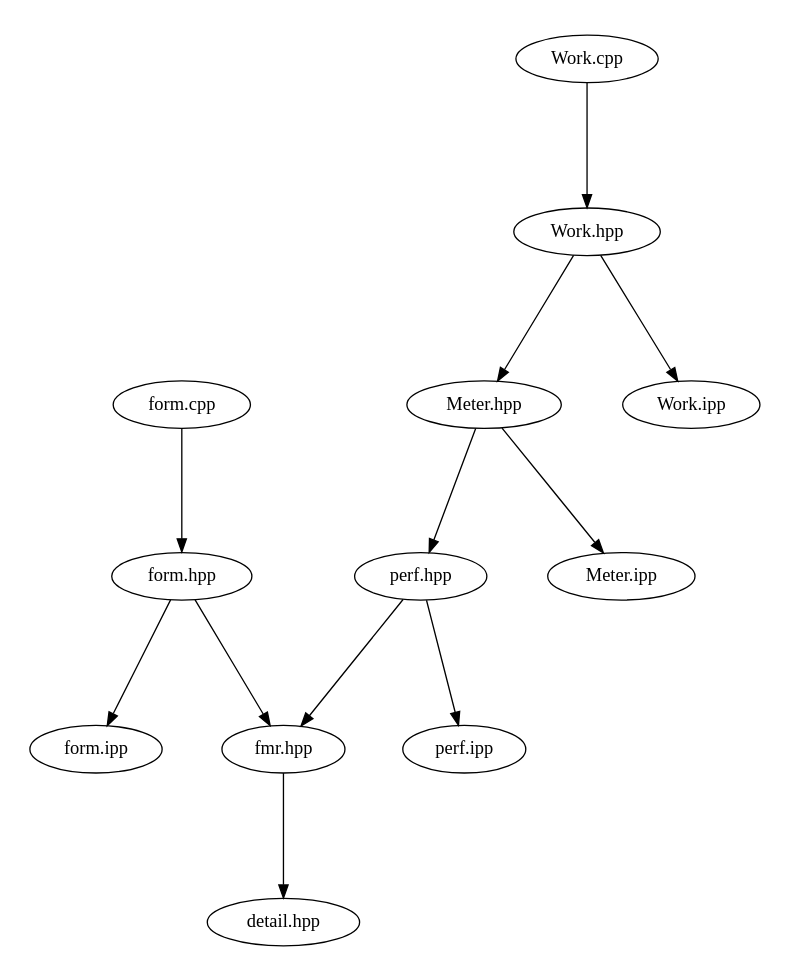
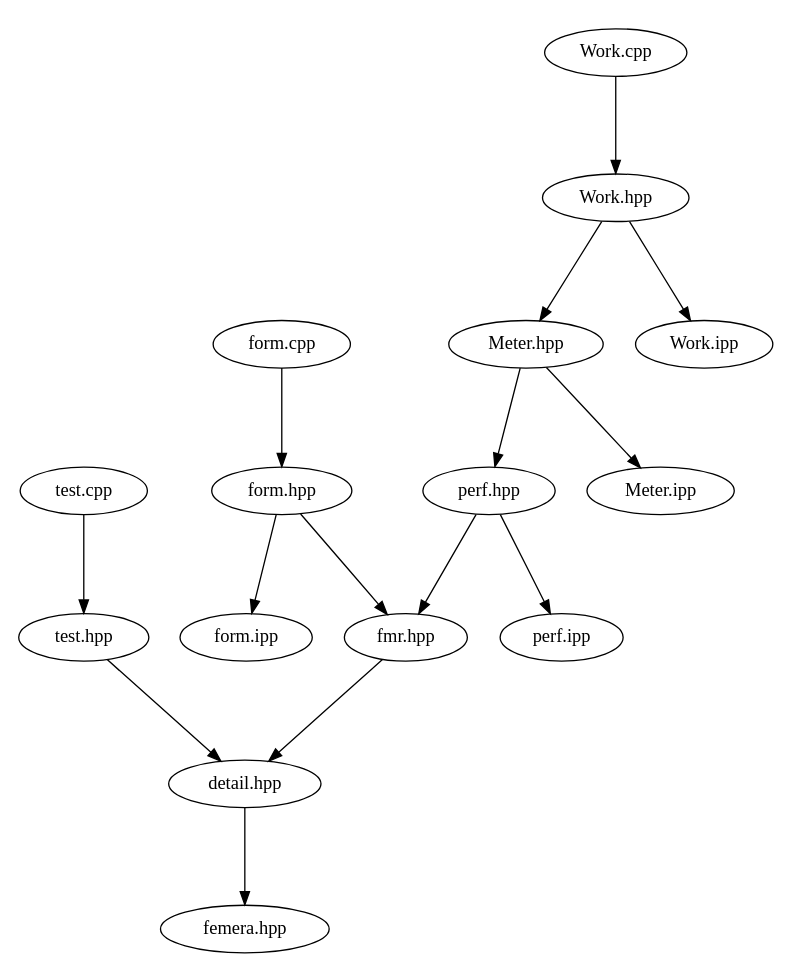
One commit to waggyz/femera-mini-app changed the diagram in src/docs/src-notest.dot. Above: the diagram before and after it, drawn with Graphviz. The commit also changed 17 other files, not shown here.

Commit message:
refactored src/femera/main-early.gtst.ipp as fmr::detail::test::early_main(..)

```diff
--- a/src/docs/src-notest.dot
+++ b/src/docs/src-notest.dot
@@ -1,19 +1,22 @@
 digraph "source tree" {
     overlap=scale;
     size="8,10";
     ratio="fill";
     fontsize="16";
     fontname="Helvetica";
 	clusterrank="local";
 	"Meter.hpp" -> "perf.hpp"
 	"perf.hpp" -> "fmr.hpp"
+	"test.cpp" -> "test.hpp"
 	"Work.hpp" -> "Work.ipp"
 	"form.cpp" -> "form.hpp"
 	"perf.hpp" -> "perf.ipp"
 	"form.hpp" -> "fmr.hpp"
 	"form.hpp" -> "form.ipp"
+	"detail.hpp" -> "femera.hpp"
 	"Work.hpp" -> "Meter.hpp"
 	"Work.cpp" -> "Work.hpp"
+	"test.hpp" -> "detail.hpp"
 	"Meter.hpp" -> "Meter.ipp"
 	"fmr.hpp" -> "detail.hpp"
 }
```
